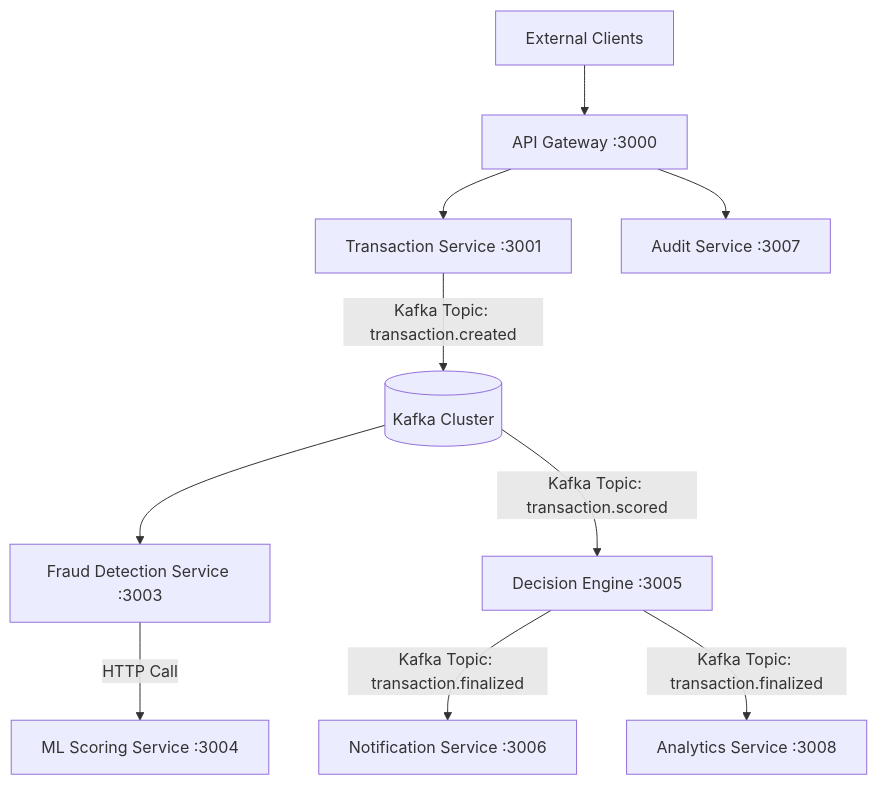
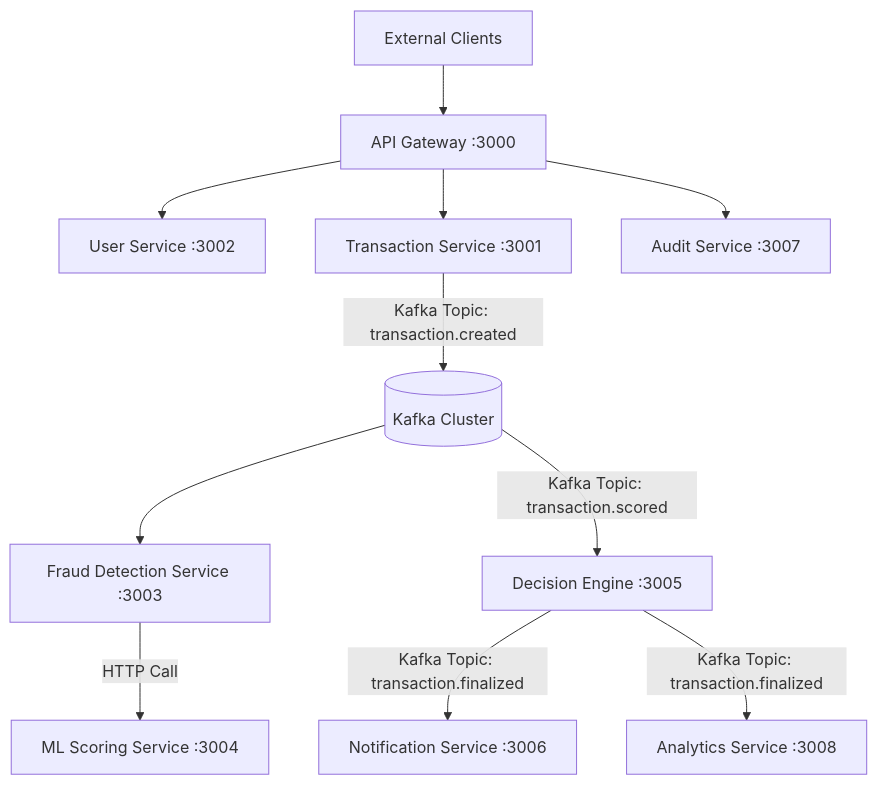
One commit to Naren3333/fraud-detection-system changed the diagram in README.md. Above: the diagram before and after it, drawn with Mermaid. The commit also changed other lines of this file and 2 other files, not shown here.

````diff
--- a/README.md
+++ b/README.md
@@ -7,30 +7,32 @@
 ```mermaid
 flowchart TD
 
     %% External Layer
     Client[External Clients]
     Gateway[API Gateway :3000]
 
     Client --> Gateway
 
+    %% Auth flow
+    Gateway --> User[User Service :3002]
+    
     %% First Split
     Gateway --> Transaction[Transaction Service :3001]
     Gateway --> Audit[Audit Service :3007]
 
     %% Transaction to Kafka
     Transaction -- "Kafka Topic: transaction.created" --> Kafka[(Kafka Cluster)]
 
     %% Kafka to Fraud Detection
     Kafka --> Fraud[Fraud Detection Service :3003]
 
     %% Fraud to ML (HTTP)
     Fraud -- "HTTP Call" --> ML[ML Scoring Service :3004]
 
     %% Kafka to Decision Engine
     Kafka -- "Kafka Topic: transaction.scored" --> Decision[Decision Engine :3005]
 
     %% Decision to Notification + Analytics
     Decision -- "Kafka Topic: transaction.finalized" --> Notification[Notification Service :3006]
     Decision -- "Kafka Topic: transaction.finalized" --> Analytics[Analytics Service :3008]
-
 ```
````
